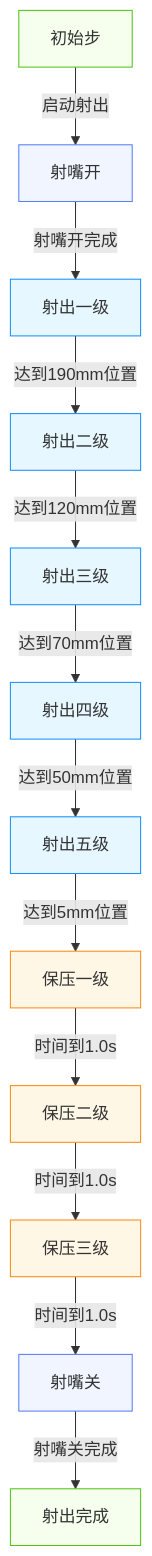
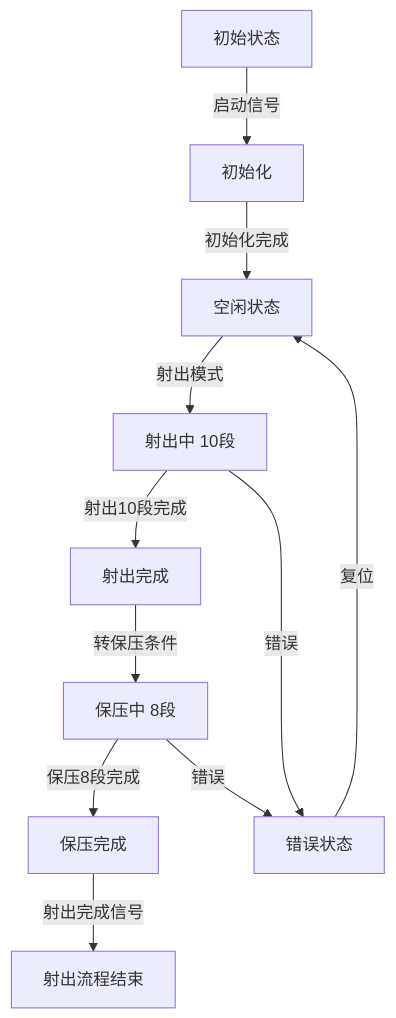
One commit to Porcheson/inj-machine-docs changed the third of 6 diagrams in docs/03_射出功能整理.md. Above: the diagram before and after it, drawn with Mermaid. The commit also changed other lines of this file and 9 other files, not shown here.

````diff
--- a/docs/03_射出功能整理.md
+++ b/docs/03_射出功能整理.md
@@ -64,26 +186,18 @@
 ```mermaid
 flowchart TD
-    %% 简化的SFC风格射出流程，包含射嘴动作
-    Start[初始步]
-    Start -->|启动射出| N1[射嘴开]
-    N1 -->|射嘴开完成| S1[射出一级]
-    S1 -->|达到190mm位置| S2[射出二级]
-    S2 -->|达到120mm位置| S3[射出三级]
-    S3 -->|达到70mm位置| S4[射出四级]
-    S4 -->|达到50mm位置| S5[射出五级]
-    S5 -->|达到5mm位置| P1[保压一级]
-    P1 -->|时间到1.0s| P2[保压二级]
-    P2 -->|时间到1.0s| P3[保压三级]
-    P3 -->|时间到1.0s| N2[射嘴关]
-    N2 -->|射嘴关完成| End[射出完成]
-    
-    classDef step fill:#e6f7ff,stroke:#1890ff,stroke-width:1px,rounded;
-    classDef pressureStep fill:#fff7e6,stroke:#fa8c16,stroke-width:1px,rounded;
-    classDef nozzleStep fill:#f0f5ff,stroke:#597ef7,stroke-width:1px,rounded;
-    classDef default fill:#f6ffed,stroke:#52c41a,stroke-width:1px,rounded;
-    
-    class S1,S2,S3,S4,S5 step;
-    class P1,P2,P3 pressureStep;
-    class N1,N2 nozzleStep;
-    class Start,End default;
+    Start[初始状态] -->|启动信号| Init[初始化]
+    Init -->|初始化完成| Idle[空闲状态]
+    Idle -->|射出模式| Injecting[射出中 10段]
+    Injecting -->|射出10段完成| Injected[射出完成]
+    Injected -->|转保压条件| Holding[保压中 8段]
+    Holding -->|保压8段完成| Held[保压完成]
+    Held -->|射出完成信号| End[射出流程结束]
+
+    Injecting -->|错误| Error[错误状态]
+    Holding -->|错误| Error
+
+    Error -->|复位| Idle
+
+    class Start,Init,Idle,Injecting,Injected,Holding,Held state
+    class Error error
 ```
````
